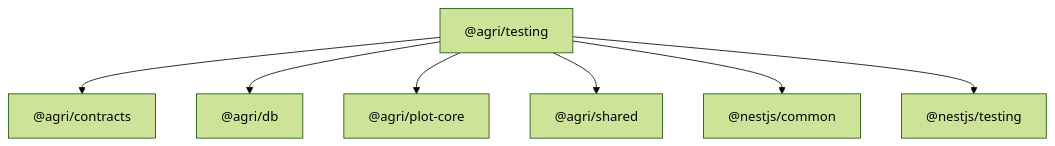
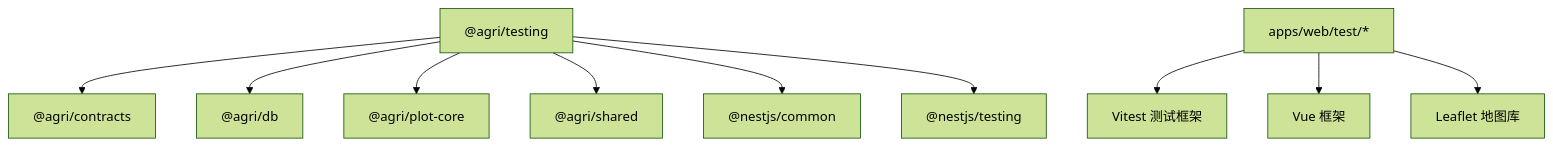
One commit to q446328246/agri-platform changed the tenth of 10 diagrams in .qoder/repowiki/zh/content/测试策略/测试工具.md. Above: the diagram before and after it, drawn with Mermaid (forest theme). The commit also changed other lines of this file and 47 other files, not shown here.

````diff
--- a/.qoder/repowiki/zh/content/测试策略/测试工具.md
+++ b/.qoder/repowiki/zh/content/测试策略/测试工具.md
@@ -345,9 +471,12 @@
 ```mermaid
 graph TB
 Testing["@agri/testing"] --> Contracts["@agri/contracts"]
 Testing --> Db["@agri/db"]
 Testing --> PlotCore["@agri/plot-core"]
 Testing --> Shared["@agri/shared"]
 Testing --> NestCommon["@nestjs/common"]
 Testing --> NestTesting["@nestjs/testing"]
+WebTests["apps/web/test/*"] --> Vitest["Vitest 测试框架"]
+WebTests --> Vue["Vue 框架"]
+WebTests --> Leaflet["Leaflet 地图库"]
 ```
````
